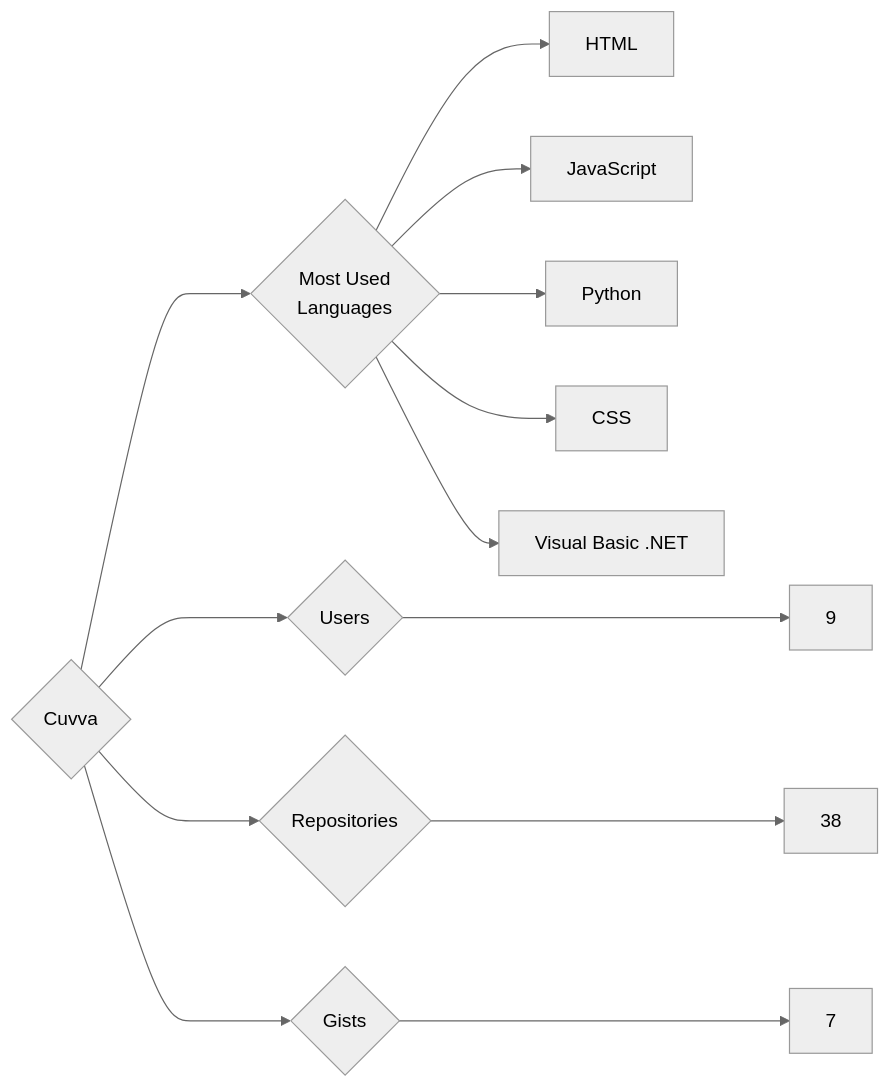
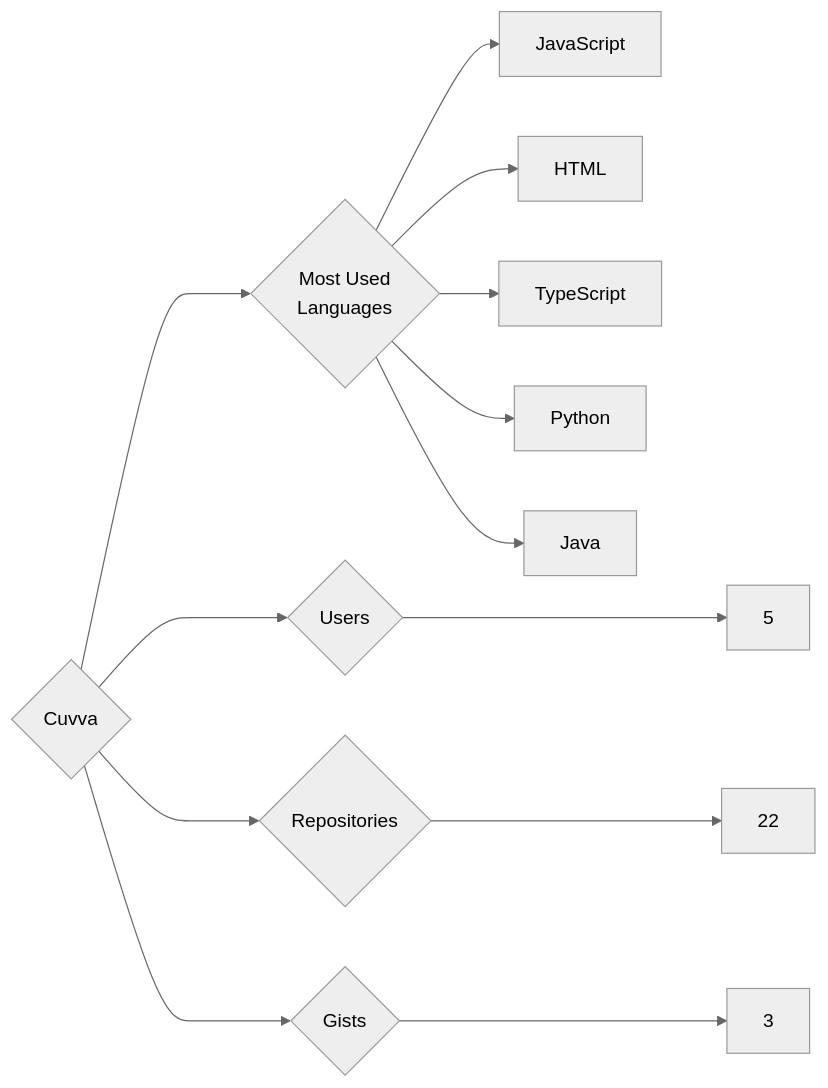
Before and after one commit to trickest/insiders: the diagram in targets/Cuvva/README.md, drawn with Mermaid (neutral theme). The commit also changed 1088 other files, not shown here.

````diff
--- a/targets/Cuvva/README.md
+++ b/targets/Cuvva/README.md
@@ -3,13 +3,13 @@
 ```mermaid
 graph LR
 COMPANY_NAME{Cuvva}
-COMPANY_NAME ---> U{Users} ---> UN[9]
-COMPANY_NAME ---> R{Repositories} ---> RN[38]
-COMPANY_NAME ---> G{Gists} ---> GN[7]
+COMPANY_NAME ---> U{Users} ---> UN[5]
+COMPANY_NAME ---> R{Repositories} ---> RN[22]
+COMPANY_NAME ---> G{Gists} ---> GN[3]
 COMPANY_NAME ---> ML{Most Used<br>Languages}
+ML --> JavaScript[JavaScript]
 ML --> HTML[HTML]
-ML --> JavaScript[JavaScript]
+ML --> TypeScript[TypeScript]
 ML --> Python[Python]
-ML --> CSS[CSS]
-ML --> Visual_Basic_.NET[Visual Basic .NET]
+ML --> Java[Java]
 ```
````
